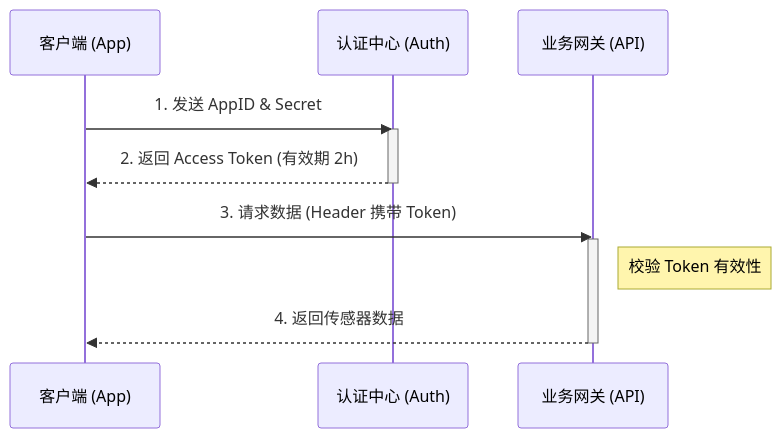
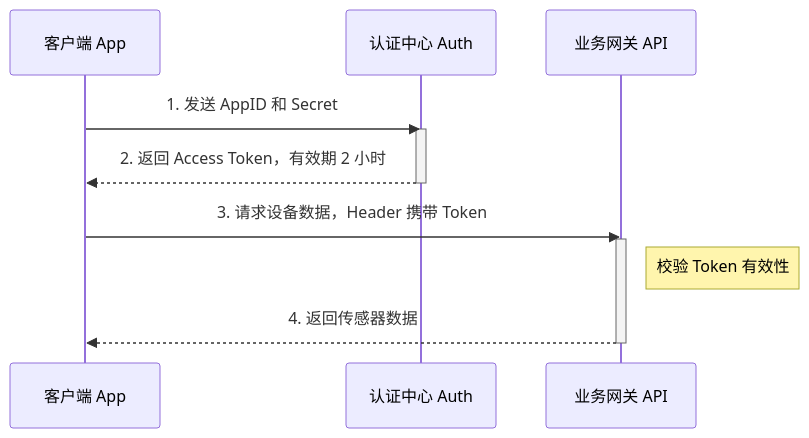
Before and after one commit to alison2fun/tech-docs-portfolio: the diagram in docs/03-api.md, drawn with Mermaid. The commit also changed other lines of this file and 41 other files, not shown here.

````diff
--- a/docs/03-api.md
+++ b/docs/03-api.md
@@ -9,17 +46,17 @@
 ```mermaid
 sequenceDiagram
-    participant App as 客户端 (App)
-    participant Auth as 认证中心 (Auth)
-    participant API as 业务网关 (API)
+    participant App as 客户端 App
+    participant Auth as 认证中心 Auth
+    participant API as 业务网关 API
 
-    App->>Auth: 1. 发送 AppID & Secret
+    App->>Auth: 1. 发送 AppID 和 Secret
     activate Auth
-    Auth-->>App: 2. 返回 Access Token (有效期 2h)
+    Auth-->>App: 2. 返回 Access Token，有效期 2 小时
     deactivate Auth
 
-    App->>API: 3. 请求数据 (Header 携带 Token)
+    App->>API: 3. 请求设备数据，Header 携带 Token
     activate API
     Note right of API: 校验 Token 有效性
     API-->>App: 4. 返回传感器数据
     deactivate API
-```    
+```
````
